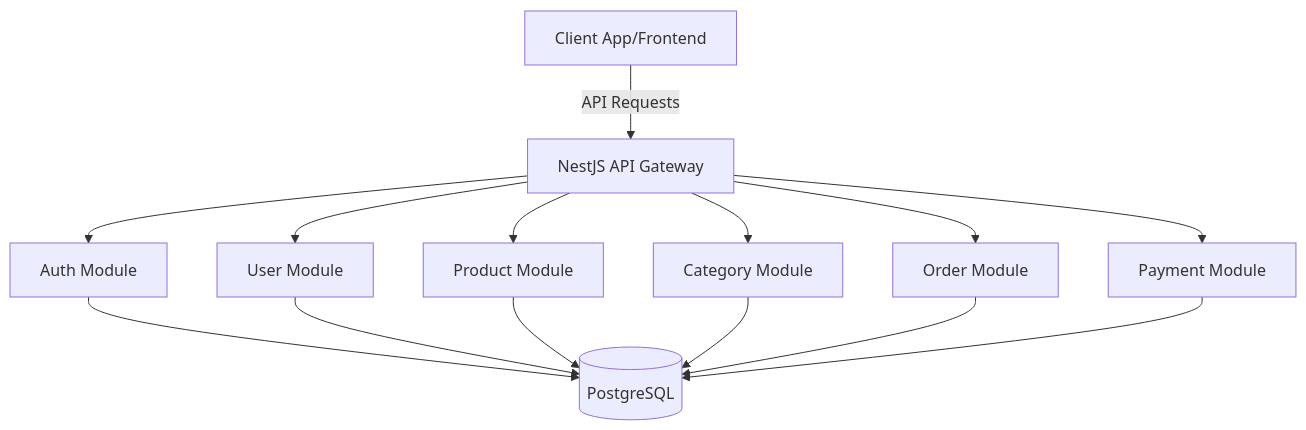
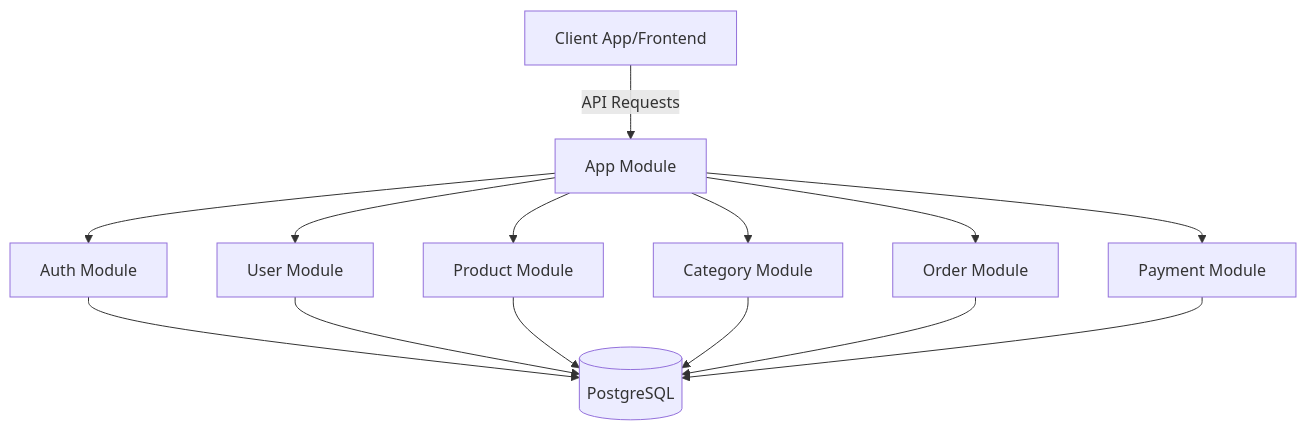
The diagram in README.md (kartik7310/ProductHub), drawn with Mermaid before and after one commit. The commit also changed other lines of this file, not shown here.

````diff
--- a/README.md
+++ b/README.md
@@ -36,17 +36,17 @@
 ```mermaid
 graph TD
-    Client[Client App/Frontend] -->|API Requests| Gateway[NestJS API Gateway]
+    Client[Client App/Frontend] -->|API Requests| Gateway[App Module]
     Gateway --> Auth[Auth Module]
     Gateway --> User[User Module]
     Gateway --> Product[Product Module]
     Gateway --> Category[Category Module]
     Gateway --> Order[Order Module]
     Gateway --> Payment[Payment Module]
     
     Auth --> DB[(PostgreSQL)]
     User --> DB
     Product --> DB
     Category --> DB
     Order --> DB
     Payment --> DB
 ```
````
